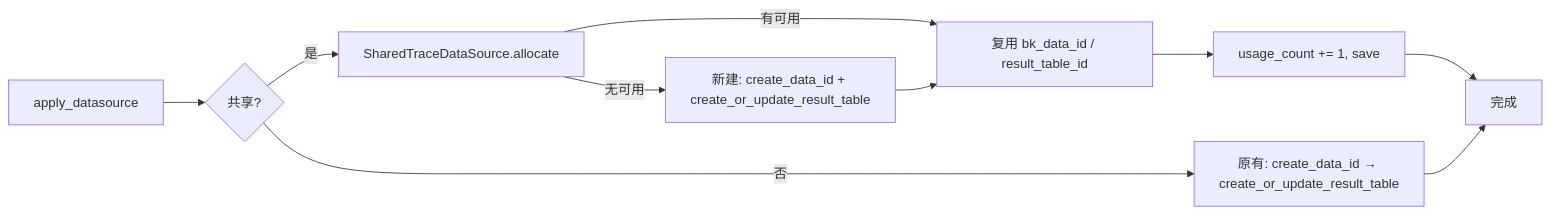
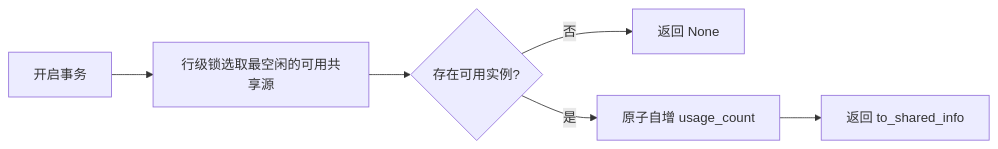
The fourth of 9 diagrams in knowledge/bkmonitor/issues/2026-03-03-apm-shared-datasource/PLAN.md (ZhuoZhuoCrayon/ai-workspace), drawn with Mermaid before and after one commit. The commit also changed other lines of this file and 3 other files, not shown here.

First line of the commit message:
docs(bkmonitor): refine APM shared datasource issue & plan

````diff
--- a/knowledge/bkmonitor/issues/2026-03-03-apm-shared-datasource/PLAN.md
+++ b/knowledge/bkmonitor/issues/2026-03-03-apm-shared-datasource/PLAN.md
@@ -101,12 +175,8 @@
 ```mermaid
 flowchart LR
-    A[apply_datasource] --> B{共享?}
-    B -->|是| C[SharedTraceDataSource.allocate]
-    C -->|有可用| D[复用 bk_data_id / result_table_id]
-    C -->|无可用| E[新建: create_data_id + create_or_update_result_table]
-    E --> D
-    D --> F[usage_count += 1, save]
-    F --> H[完成]
-    B -->|否| G[原有: create_data_id → create_or_update_result_table]
-    G --> H
+    A[开启事务] --> B[行级锁选取最空闲的可用共享源]
+    B --> C{存在可用实例?}
+    C -->|否| D[返回 None]
+    C -->|是| E[原子自增 usage_count]
+    E --> F[返回 to_shared_info]
 ```
````
